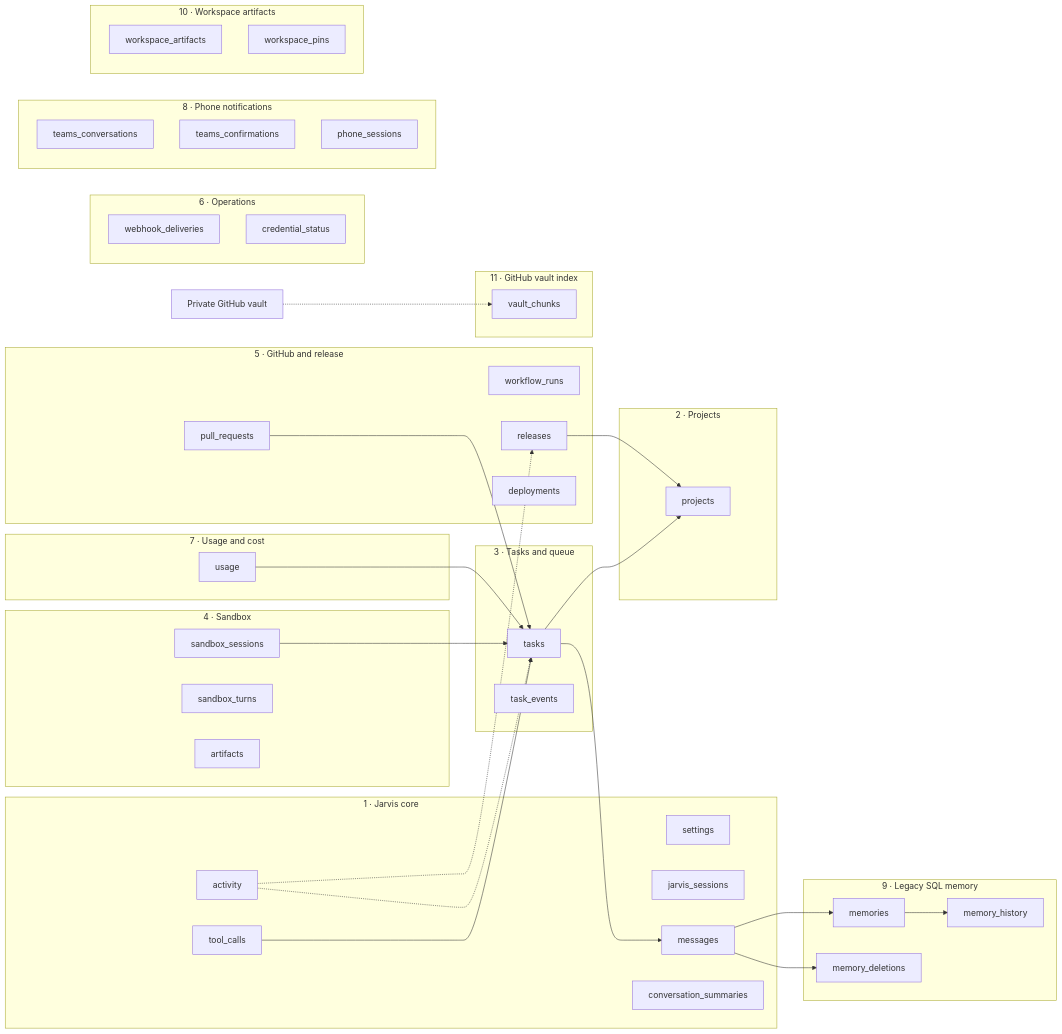
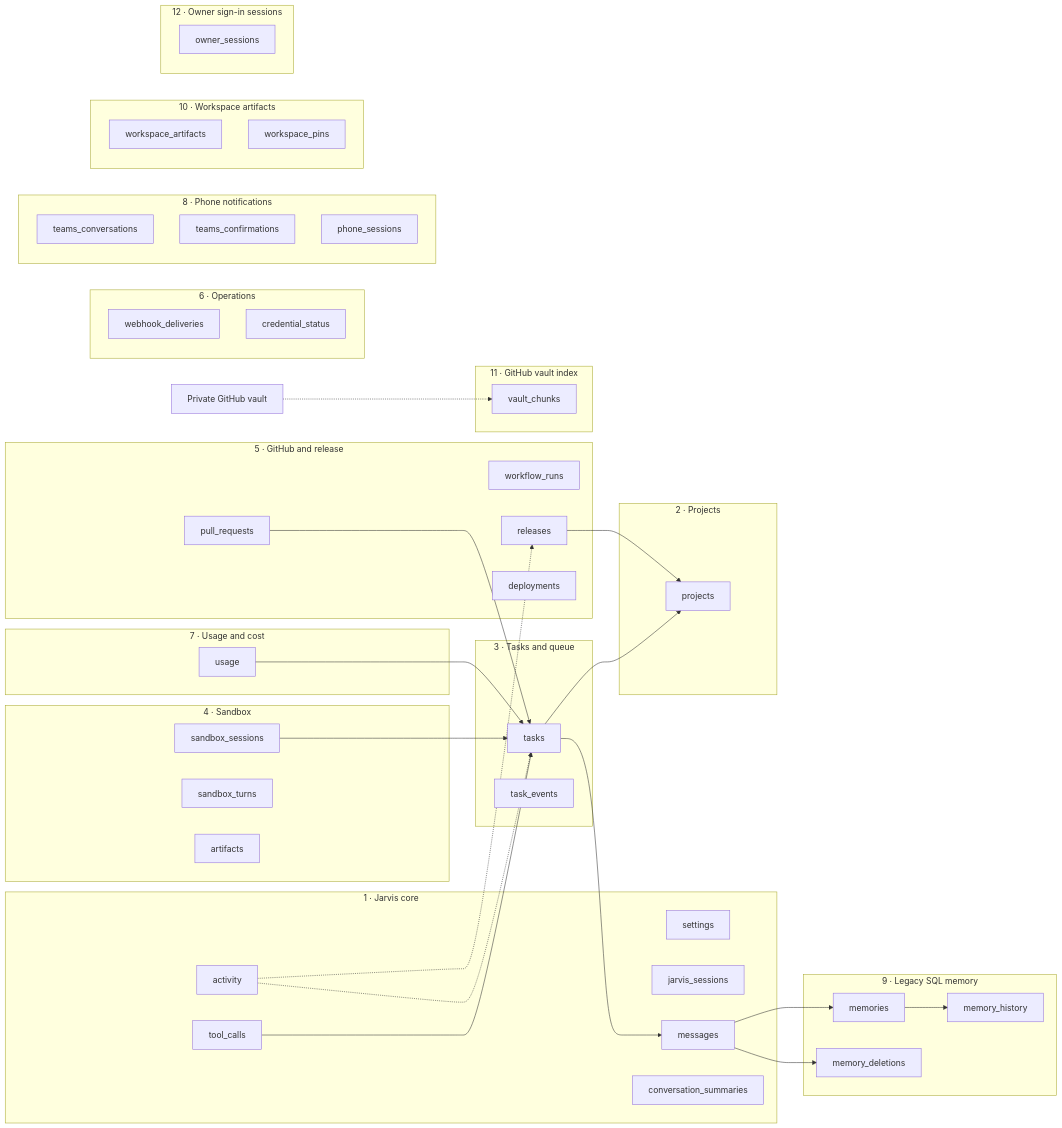
Before and after one commit to DanAakesen/jarvis: the first of 9 diagrams in docs/data-model.md, drawn with Mermaid. The commit also changed other lines of this file and 34 other files, not shown here.

````diff
--- a/docs/data-model.md
+++ b/docs/data-model.md
@@ -129,66 +129,69 @@
 ```mermaid
 flowchart LR
     subgraph CORE["1 · Jarvis core"]
         settings
         jarvis_sessions
         messages
         tool_calls
         activity
         conversation_summaries
     end
     subgraph PROJ["2 · Projects"]
         projects
     end
     subgraph TASK["3 · Tasks and queue"]
         tasks
         task_events
     end
     subgraph SANDBOX["4 · Sandbox"]
         sandbox_sessions
         sandbox_turns
         artifacts
     end
     subgraph REL["5 · GitHub and release"]
         pull_requests
         workflow_runs
         releases
         deployments
     end
     subgraph USE["7 · Usage and cost"]
         usage
     end
     subgraph MEMORY["9 · Legacy SQL memory"]
         memories
         memory_history
         memory_deletions
     end
     subgraph VAULT["11 · GitHub vault index"]
         vault_chunks
     end
     vault_repo["Private GitHub vault"] -.-> vault_chunks
     subgraph OPS["6 · Operations"]
         webhook_deliveries
         credential_status
     end
     subgraph PHONE["8 · Phone notifications"]
         teams_conversations
         teams_confirmations
         phone_sessions
     end
     subgraph WORKSPACE["10 · Workspace artifacts"]
         workspace_artifacts
         workspace_pins
     end
+    subgraph OWNERSESSION["12 · Owner sign-in sessions"]
+        owner_sessions
+    end
     tool_calls --> tasks
     tasks --> projects
     sandbox_sessions --> tasks
     pull_requests --> tasks
     releases --> projects
     activity -.-> tasks
     activity -.-> releases
     usage --> tasks
     tasks --> messages
     messages --> memories
     memories --> memory_history
     messages --> memory_deletions
 ```
````
